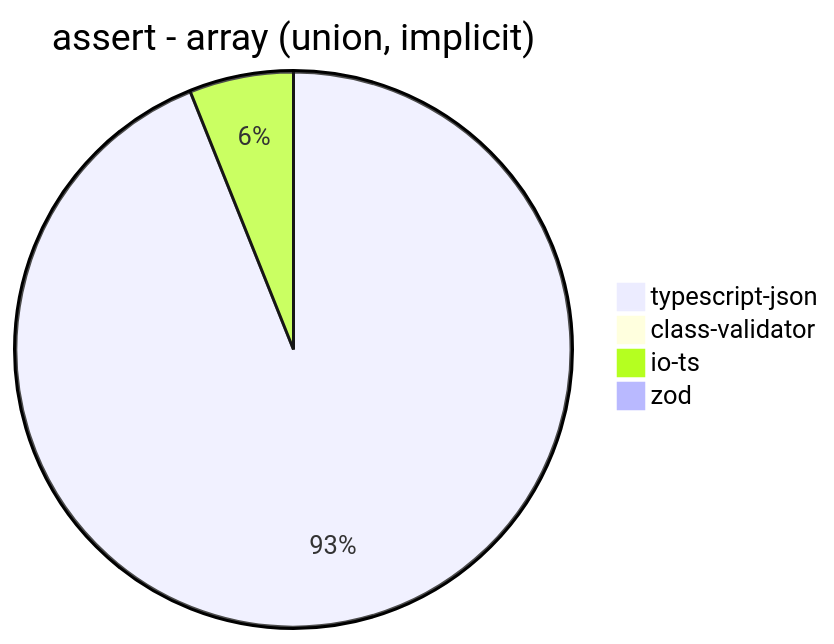
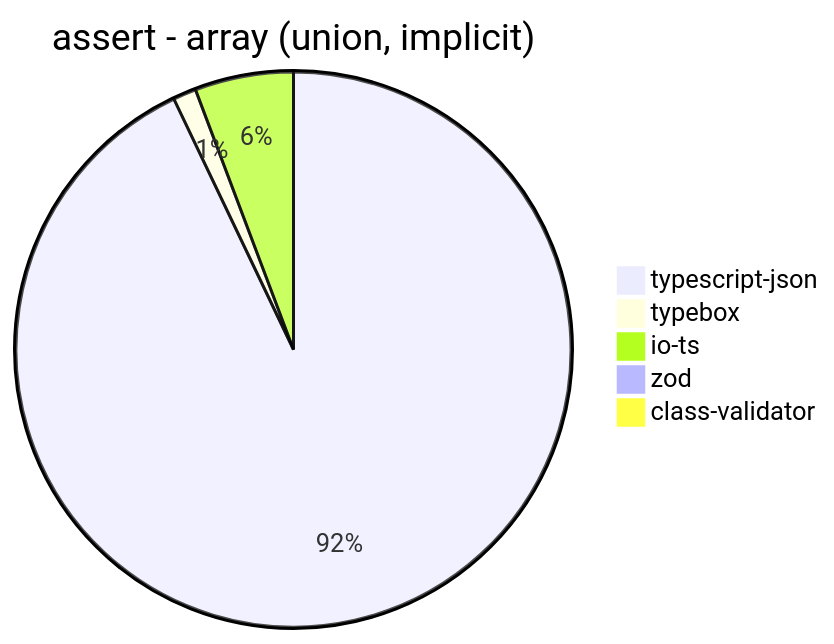
Diagram 15 of 39 in benchmark/results/AMD Ryzen 9 5900HX with Radeon Graphics.md (samchon/typia), drawn with Mermaid before and after one commit. The commit also changed other lines of this file and 7 other files, not shown here.

````diff
--- a/benchmark/results/AMD Ryzen 9 5900HX with Radeon Graphics.md
+++ b/benchmark/results/AMD Ryzen 9 5900HX with Radeon Graphics.md
@@ -172,7 +186,8 @@
 ```mermaid
 pie title assert - array (union, implicit)
-  "typescript-json": 2006.63082437276
-  "class-validator": 10.056683123057232
-  "io-ts": 129.4776119402985
-  "zod": 4.1368935690109065
+  "typescript-json": 2001.2655939251492
+  "typebox": 29.057930779196745
+  "io-ts": 123.61865517887244
+  "zod": 3.970504821327283
+  "class-validator": 9.743774810537712
 ```
````
